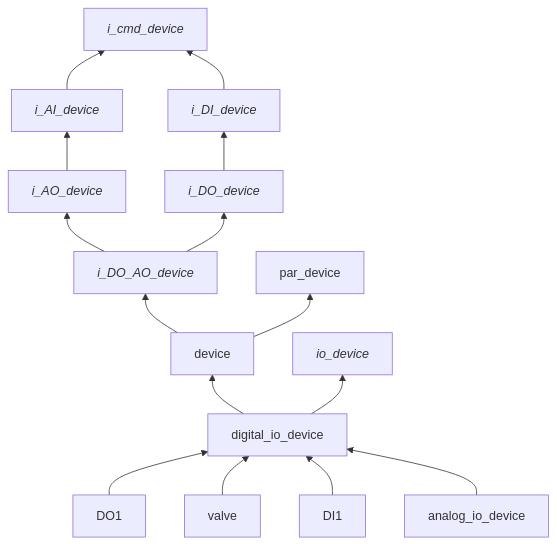
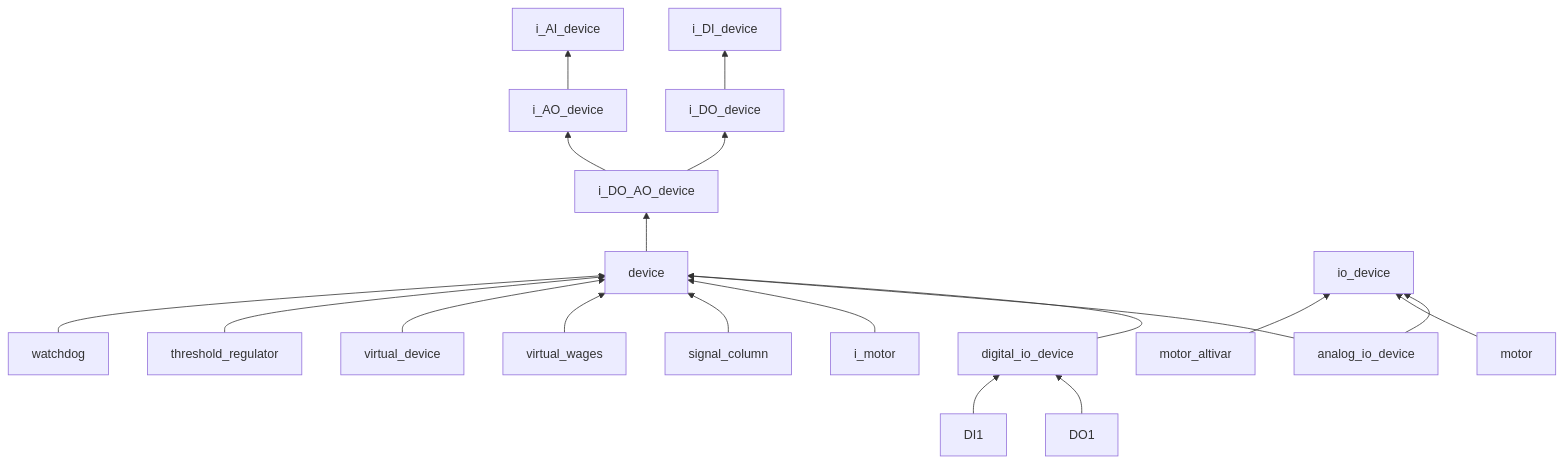
One commit to savushkin-r-d/ptusa_main changed the first of 11 diagrams in docs/class_scheme/readme.md. Above: the diagram before and after it, drawn with Mermaid. The commit also changed other lines of this file, not shown here.

Commit message:
Final schemas update

````diff
--- a/docs/class_scheme/readme.md
+++ b/docs/class_scheme/readme.md
@@ -3,18 +3,21 @@
 ```mermaid
 flowchart BT
-digital_io_device[digital_io_device]
-digital_io_device-->device[device]
-digital_io_device-->io_device[<i>io_device</i>]
-device-->i_DO_AO_device[<i>i_DO_AO_device</i>]
-device-->par_device[par_device]
-i_DO_AO_device-->i_AO_device[<i>i_AO_device</i>]
-i_DO_AO_device-->i_DO_device[<i>i_DO_device</i>]
-i_AO_device-->i_AI_device[<i>i_AI_device</i>]
-i_DO_device-->i_DI_device[<i>i_DI_device</i>]
-i_AI_device-->i_cmd_device[<i>i_cmd_device</i>]
-i_DI_device[<i>i_DI_device</i>]-->i_cmd_device[<i>i_cmd_device</i>]
-DO1[DO1]-->digital_io_device
-valve[valve]-->digital_io_device
-DI1[DI1]-->digital_io_device
-analog_io_device[analog_io_device]-->digital_io_device
+    device[device] --> i_DO_AO_device[i_DO_AO_device]
+    i_DO_device[i_DO_device] --> i_DI_device[i_DI_device]
+    i_AO_device[i_AO_device] --> i_AI_device[i_AI_device]
+    i_DO_AO_device --> i_AO_device
+    i_DO_AO_device --> i_DO_device
+    digital_io_device[digital_io_device] --> device
+    analog_io_device[analog_io_device] --> device
+    analog_io_device --> io_device[io_device]
+    i_motor[i_motor] --> device
+    signal_column[signal_column] --> device
+    DO1[DO1] --> digital_io_device
+    DI1[DI1] --> digital_io_device
+    virtual_wages[virtual_wages] --> device
+    virtual_device[virtual_device] --> device
+    motor[motor] --> io_device
+    motor_altivar[motor_altivar] --> io_device
+    threshold_regulator[threshold_regulator] --> device
+    watchdog[watchdog] --> device
 ```
````
